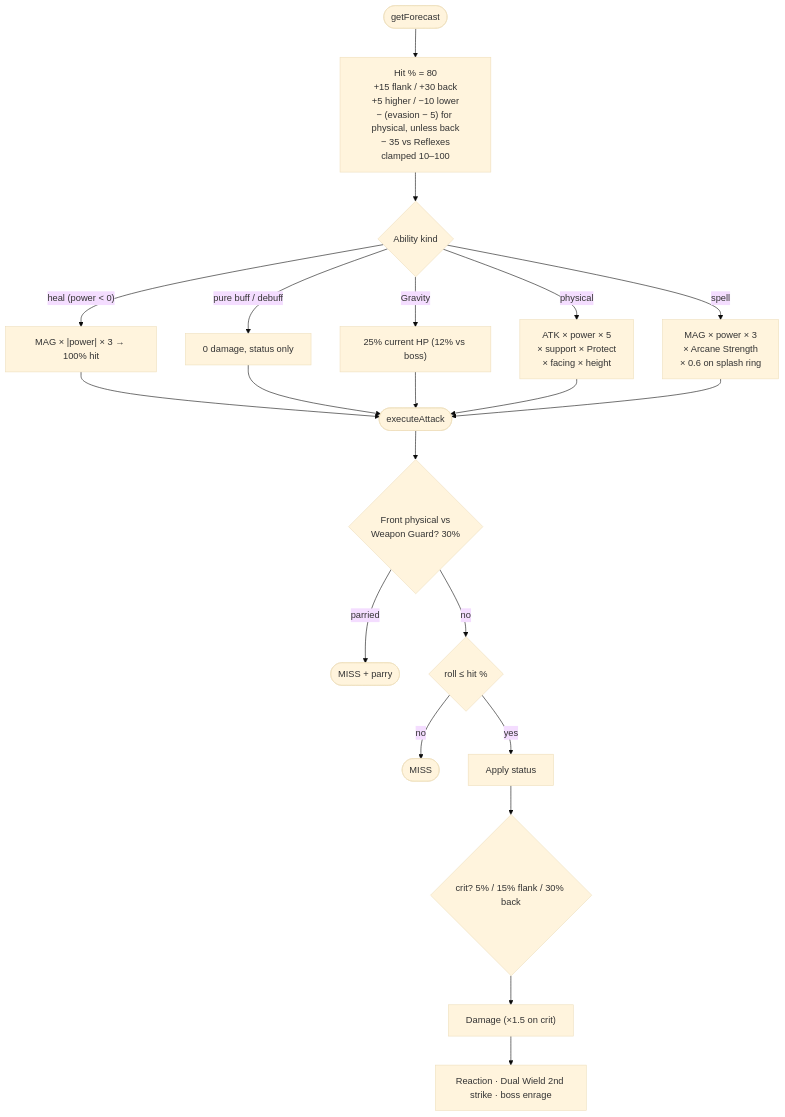
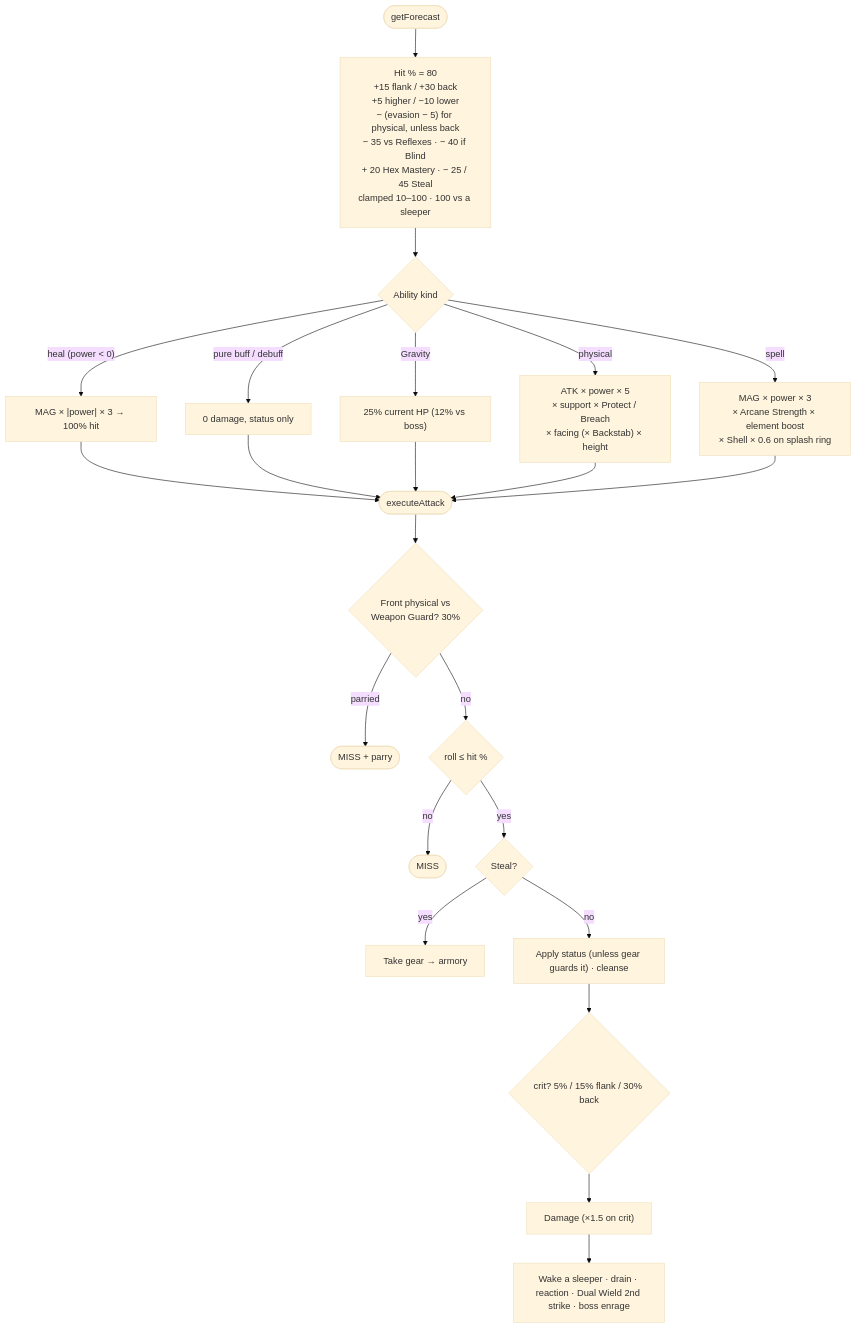
One commit to CptNope/Chess-RPG-Tactics changed the third of 3 diagrams in docs/COMBAT_SYSTEM.md. Above: the diagram before and after it, drawn with Mermaid (base theme). The commit also changed other lines of this file and 49 other files, not shown here.

````diff
--- a/docs/COMBAT_SYSTEM.md
+++ b/docs/COMBAT_SYSTEM.md
@@ -150,19 +177,21 @@
 ```mermaid
 flowchart TD
-    F(["getForecast"]) --> H["Hit % = 80<br/>+15 flank / +30 back<br/>+5 higher / −10 lower<br/>− (evasion − 5) for physical, unless back<br/>− 35 vs Reflexes<br/>clamped 10–100"]
+    F(["getForecast"]) --> H["Hit % = 80<br/>+15 flank / +30 back<br/>+5 higher / −10 lower<br/>− (evasion − 5) for physical, unless back<br/>− 35 vs Reflexes · − 40 if Blind<br/>+ 20 Hex Mastery · − 25 / 45 Steal<br/>clamped 10–100 · 100 vs a sleeper"]
     H --> D{"Ability kind"}
     D -- "heal (power < 0)" --> Heal["MAG × |power| × 3 → 100% hit"]
     D -- "pure buff / debuff" --> Stat["0 damage, status only"]
     D -- Gravity --> Grav["25% current HP (12% vs boss)"]
-    D -- physical --> Phys["ATK × power × 5<br/>× support × Protect<br/>× facing × height"]
-    D -- spell --> Mag["MAG × power × 3<br/>× Arcane Strength<br/>× 0.6 on splash ring"]
+    D -- physical --> Phys["ATK × power × 5<br/>× support × Protect / Breach<br/>× facing (× Backstab) × height"]
+    D -- spell --> Mag["MAG × power × 3<br/>× Arcane Strength × element boost<br/>× Shell × 0.6 on splash ring"]
     Heal & Stat & Grav & Phys & Mag --> X(["executeAttack"])
     X --> P{"Front physical vs<br/>Weapon Guard? 30%"}
     P -- parried --> Miss(["MISS + parry"])
     P -- no --> R{"roll ≤ hit %"}
     R -- no --> Miss2(["MISS"])
-    R -- yes --> S["Apply status"]
+    R -- yes --> St{"Steal?"}
+    St -- yes --> Take["Take gear → armory"]
+    St -- no --> S["Apply status (unless gear guards it) · cleanse"]
     S --> C{"crit? 5% / 15% flank / 30% back"}
     C --> Dmg["Damage (×1.5 on crit)"]
-    Dmg --> Re["Reaction · Dual Wield 2nd strike · boss enrage"]
+    Dmg --> Re["Wake a sleeper · drain · reaction · Dual Wield 2nd strike · boss enrage"]
 ```
````
